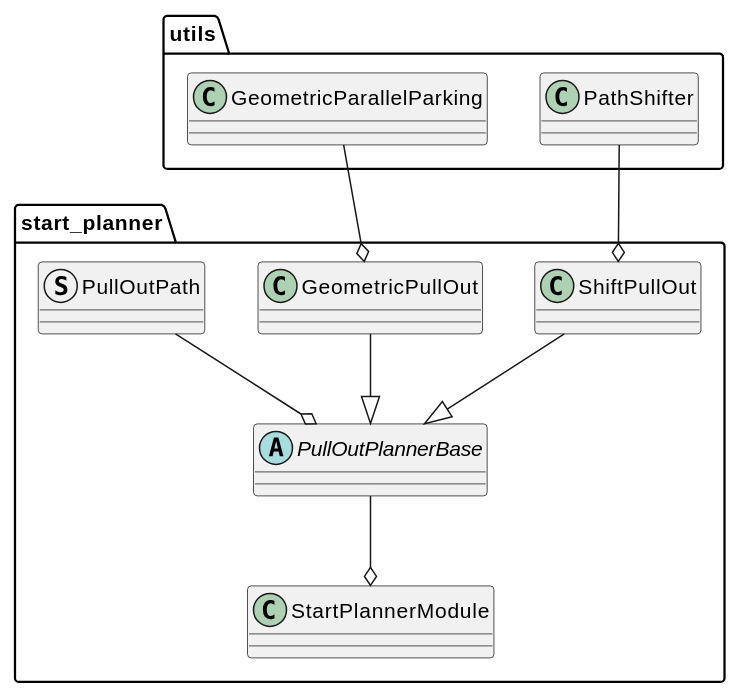
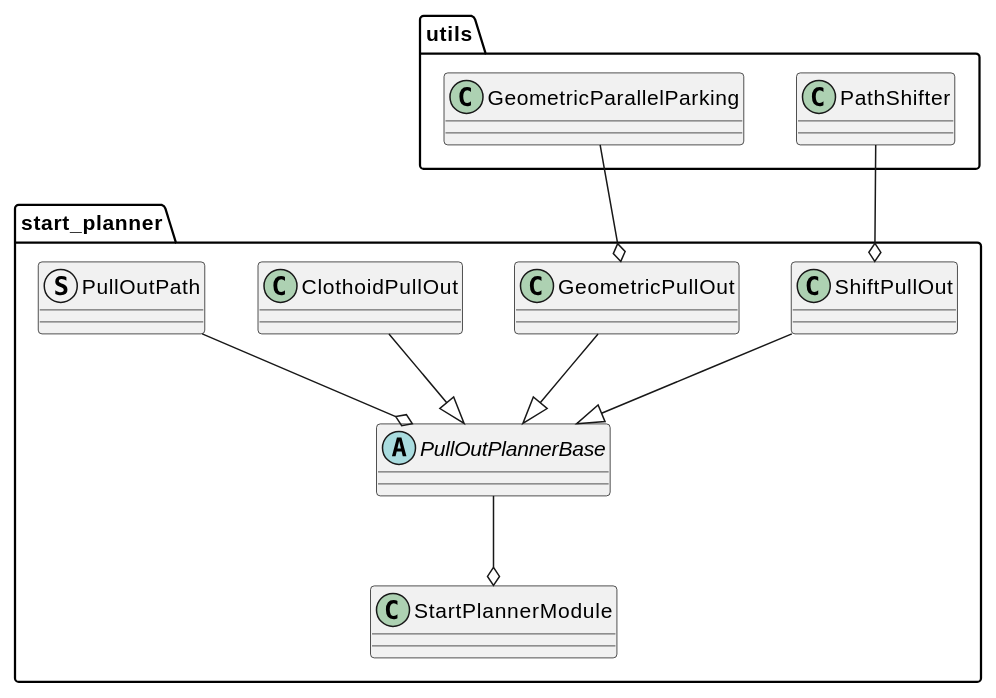
The third of 3 diagrams in planning/behavior_path_planner/autoware_behavior_path_start_planner_module/README.md (paulsohn/autoware_universe_planning_2), drawn with PlantUML before and after one commit. The commit also changed other lines of this file and 14 other files, not shown here.

First line of the commit message:
feat(start_planner): adding clothoid trajectory planner (#11040)

````diff
--- a/planning/behavior_path_planner/autoware_behavior_path_start_planner_module/README.md
+++ b/planning/behavior_path_planner/autoware_behavior_path_start_planner_module/README.md
@@ -304,40 +311,44 @@
 ```plantuml
 @startuml
 package start_planner{
     abstract class PullOutPlannerBase {
     }
 
 
     class ShiftPullOut {
     }
 
     class GeometricPullOut {
+    }
+
+    class ClothoidPullOut {
     }
 
     class StartPlannerModule {
     }
 
     struct PullOutPath{}
 }
 
 package utils{
     class PathShifter {
     }
 
     class GeometricParallelParking {
     }
 }
 
 ' pull out
 ShiftPullOut --|> PullOutPlannerBase
 GeometricPullOut --|> PullOutPlannerBase
+ClothoidPullOut --|> PullOutPlannerBase
 
 PathShifter --o ShiftPullOut
 GeometricParallelParking --o GeometricPullOut
 
 PullOutPlannerBase --o StartPlannerModule
 
 PullOutPath --o PullOutPlannerBase
 
 @enduml
 ```
````
